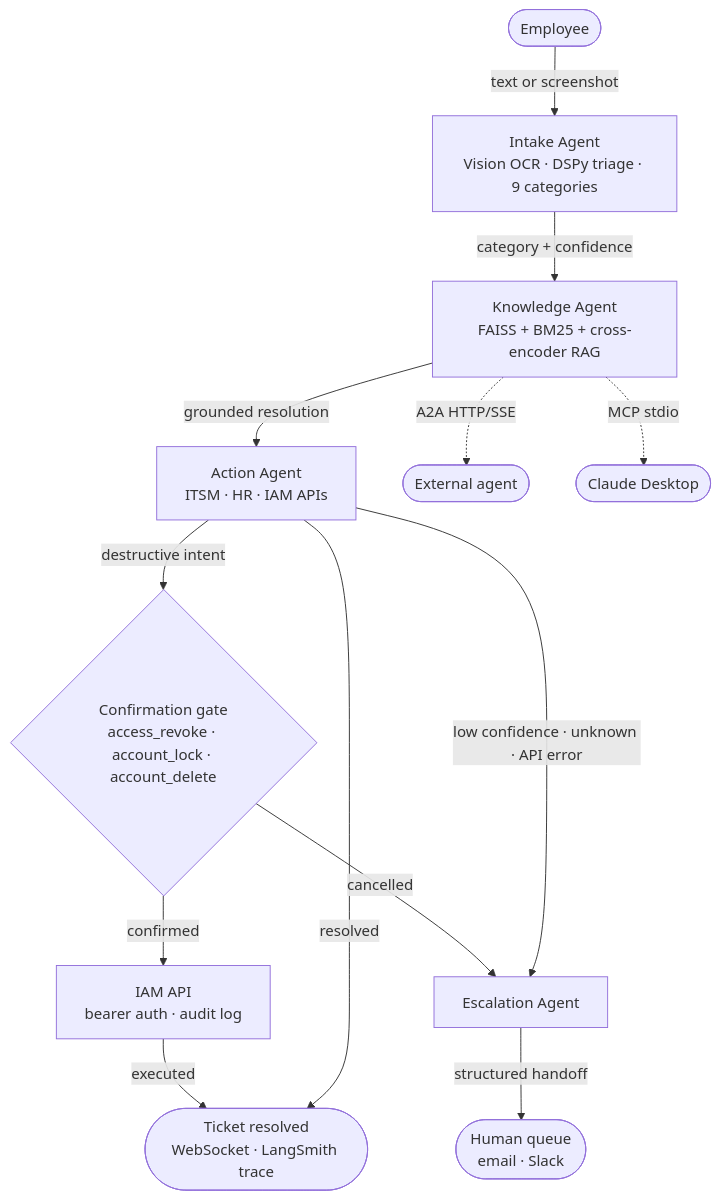
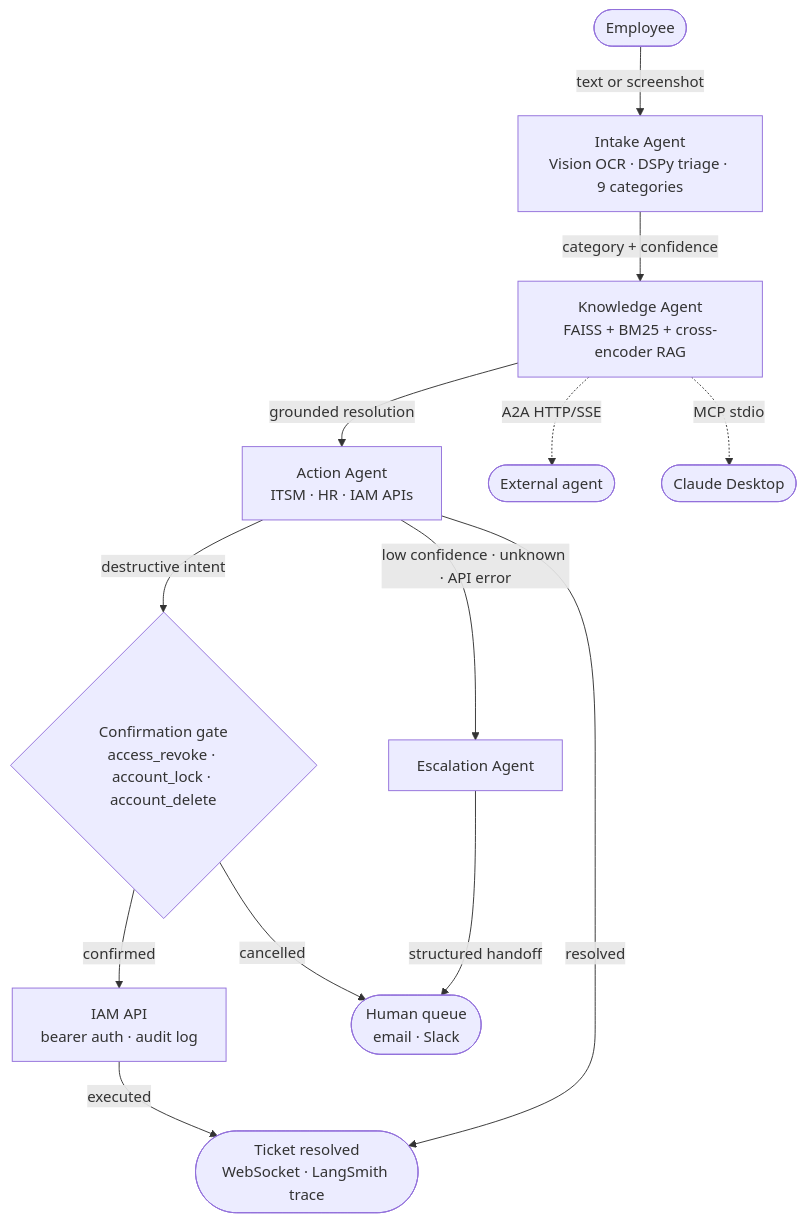
One commit to Subh24ai/neuradesk changed the diagram in README.md. Above: the diagram before and after it, drawn with Mermaid.

Commit message:
docs: fix cancelled-action routing in architecture diagram

````diff
--- a/README.md
+++ b/README.md
@@ -24,18 +24,18 @@
 ```mermaid
 graph TD
     A([Employee]) -->|text or screenshot| B[Intake Agent<br/>Vision OCR · DSPy triage · 9 categories]
     B -->|category + confidence| C[Knowledge Agent<br/>FAISS + BM25 + cross-encoder RAG]
     C -->|grounded resolution| D[Action Agent<br/>ITSM · HR · IAM APIs]
 
     D -->|destructive intent| GATE{Confirmation gate<br/>access_revoke · account_lock · account_delete}
     GATE -->|confirmed| IAM[IAM API<br/>bearer auth · audit log]
     IAM -->|executed| E
-    GATE -->|cancelled| F
+    GATE -->|cancelled| G
 
     D -->|resolved| E([Ticket resolved<br/>WebSocket · LangSmith trace])
     D -->|low confidence · unknown · API error| F[Escalation Agent]
     F -->|structured handoff| G([Human queue<br/>email · Slack])
 
     C -.->|A2A HTTP/SSE| EXT1([External agent])
     C -.->|MCP stdio| EXT2([Claude Desktop])
 ```
````
